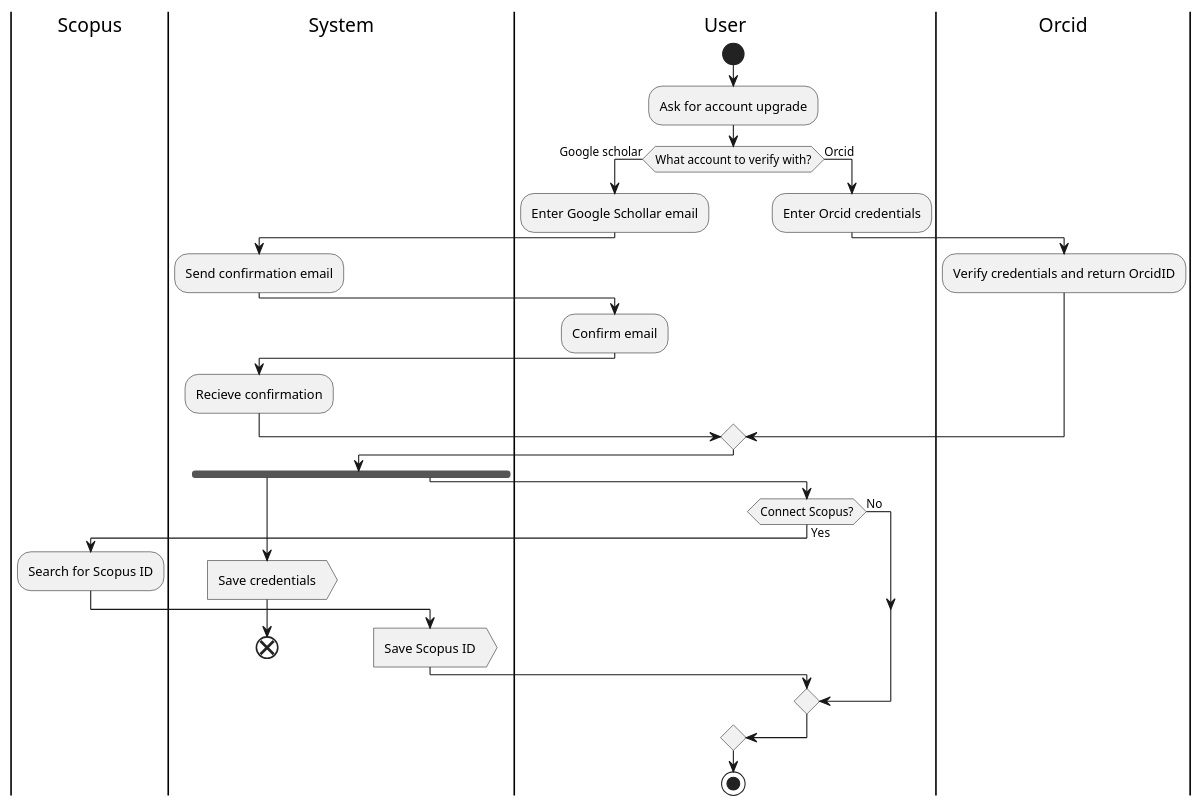
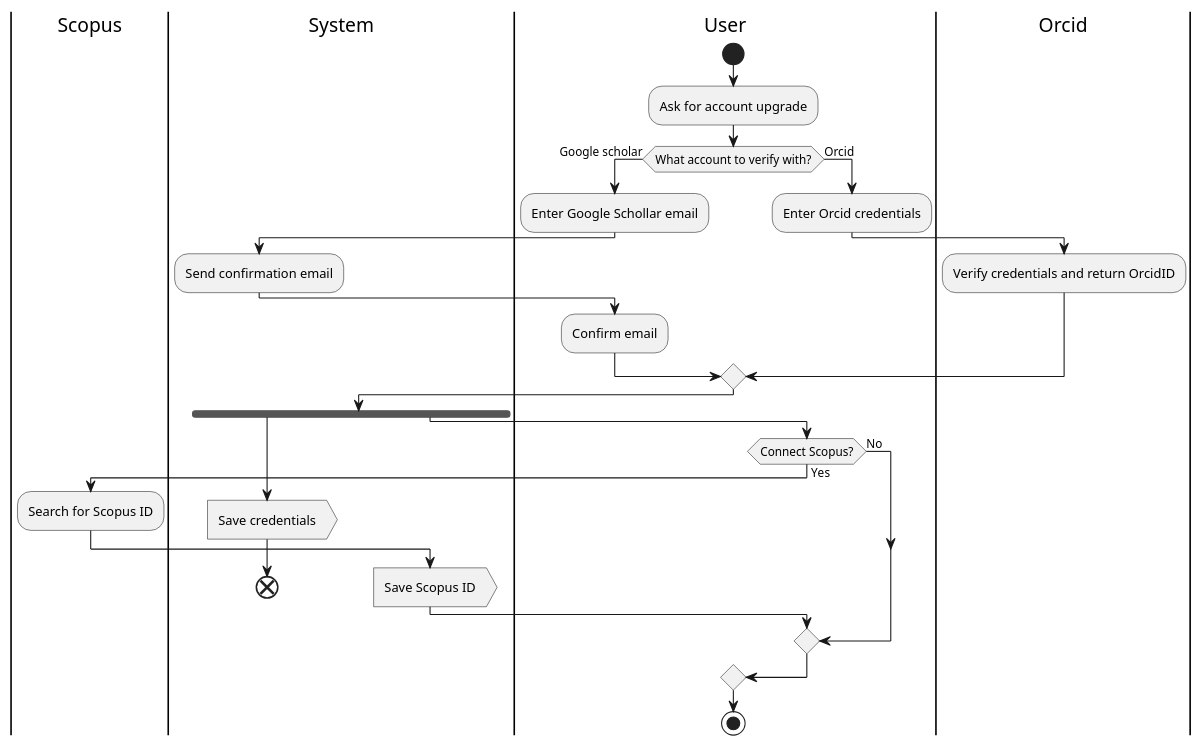
One commit to LenivyKrabik/KPI2 changed the diagram in Lab4/artifacts/update-account-status.puml. Above: the diagram before and after it, drawn with PlantUML. The commit also changed 1 other file, not shown here.

```diff
--- a/Lab4/artifacts/update-account-status.puml
+++ b/Lab4/artifacts/update-account-status.puml
@@ -1,51 +1,49 @@
 @startuml
 |Scopus|
 |System|
 |User|
 
 |Orcid|
 
 
 |User|
 start
 :Ask for account upgrade;
 
 if (What account to verify with?) then (Google scholar)
 
     |User|
     :Enter Google Schollar email;
     |System|
     :Send confirmation email;
     |User|
     :Confirm email;
-    |System|
-    :Recieve confirmation;
 
 else (Orcid)
     |User|
     :Enter Orcid credentials;
     |Orcid|
     :Verify credentials and return OrcidID;
 
 endif
 
 |User|
 fork
     |System|
     :Save credentials; <<output>>
     end
 fork again
     |User|
     if (Connect Scopus?) then (No)
     else (Yes)
         |Scopus|
         :Search for Scopus ID;
         |System|
         :Save Scopus ID; <<output>>
     endif
 
 end merge
 
 |User|
 stop
 @enduml
```
